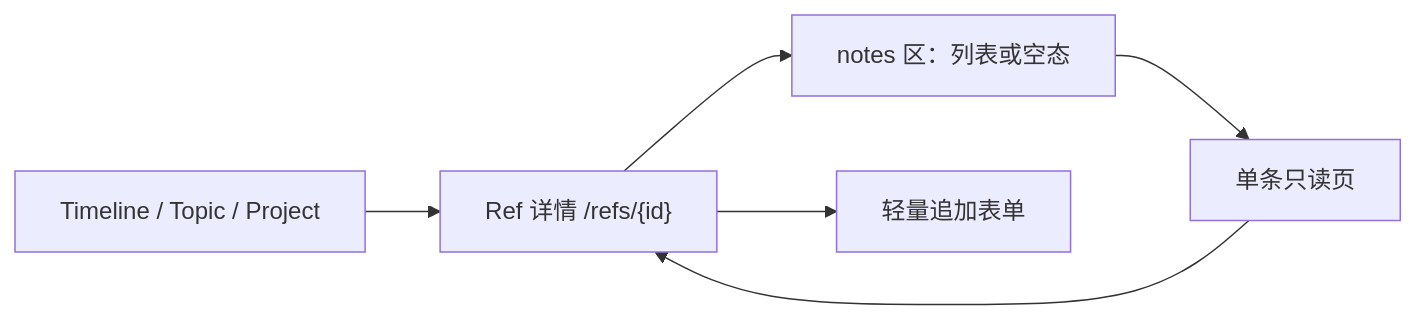
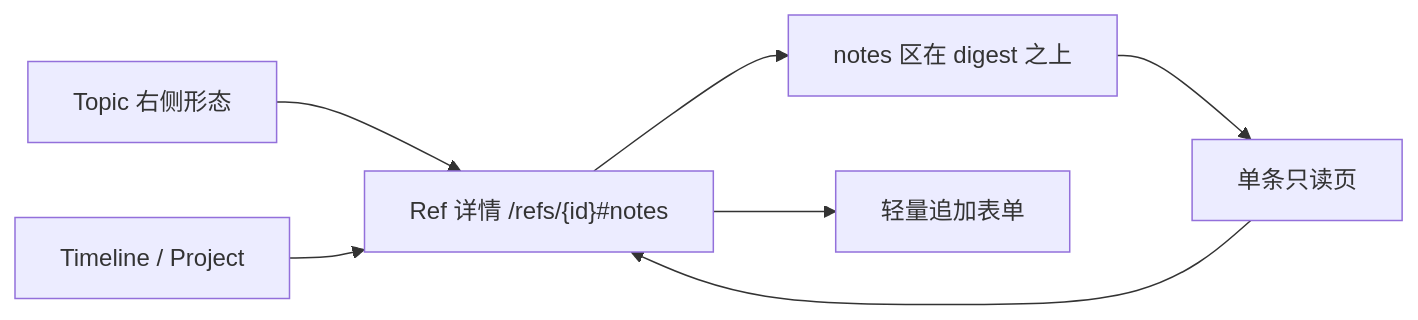
Before and after one commit to xforce-io/kairo: the first of 2 diagrams in docs/design/411-console-ref-notes.md, drawn with Mermaid. The commit also changed other lines of this file and 2 other files, not shown here.

First line of the commit message:
【设计】#411 §4.1：notes 在 digest 之上；Topic 形态预览

````diff
--- a/docs/design/411-console-ref-notes.md
+++ b/docs/design/411-console-ref-notes.md
@@ -41,8 +41,9 @@
 ```mermaid
 flowchart LR
-  tl["Timeline / Topic / Project"] --> ref["Ref 详情 /refs/{id}"]
-  ref --> list["notes 区：列表或空态"]
+  topic["Topic 右侧形态"] --> ref["Ref 详情 /refs/{id}#notes"]
+  tl["Timeline / Project"] --> ref
+  ref --> list["notes 区在 digest 之上"]
   ref --> form["轻量追加表单"]
   list --> one["单条只读页"]
   one --> ref
 ```
````
